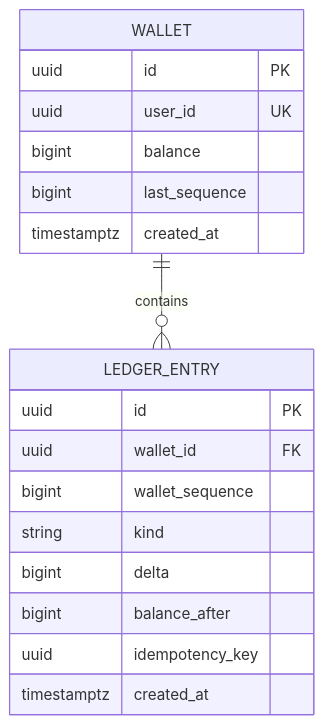
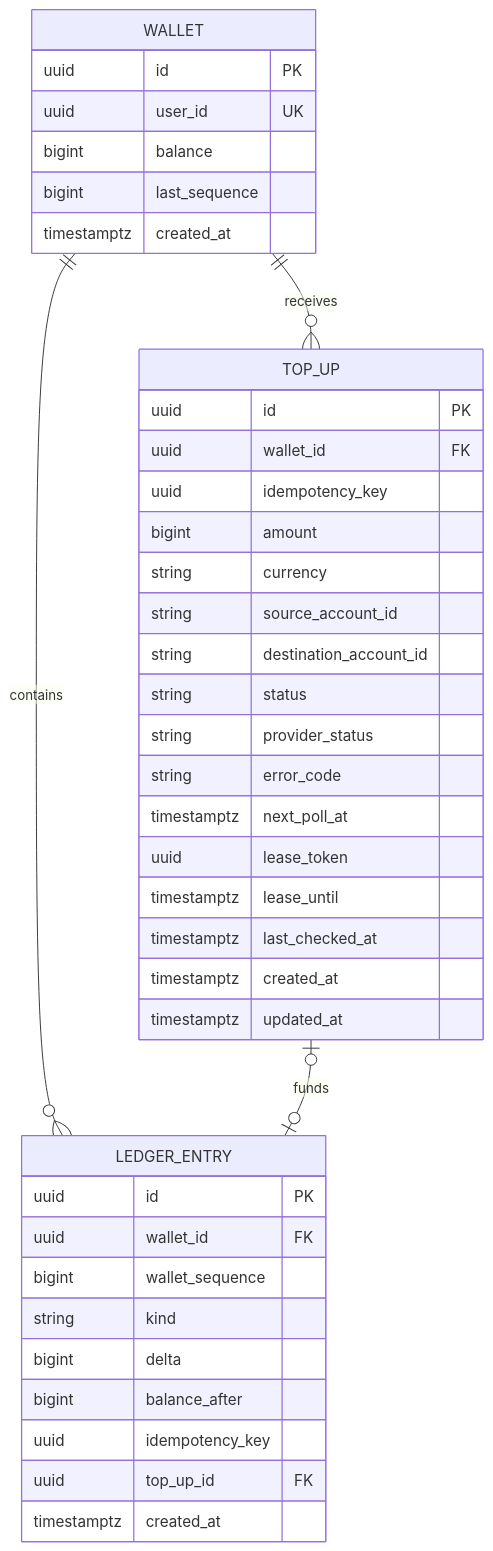
The second of 3 diagrams in docs/technical-spec.md (aghaghiamh/wallet), drawn with Mermaid before and after one commit. The commit also changed other lines of this file, not shown here.

Commit message:
docs: specify provider-backed top-ups and reconciliation

````diff
--- a/docs/technical-spec.md
+++ b/docs/technical-spec.md
@@ -61,21 +74,42 @@
 ```mermaid
 erDiagram
     WALLET ||--o{ LEDGER_ENTRY : contains
+    WALLET ||--o{ TOP_UP : receives
+    TOP_UP o|--o| LEDGER_ENTRY : funds
     WALLET {
         uuid id PK
         uuid user_id UK
         bigint balance
         bigint last_sequence
         timestamptz created_at
+    }
+    TOP_UP {
+        uuid id PK
+        uuid wallet_id FK
+        uuid idempotency_key
+        bigint amount
+        string currency
+        string source_account_id
+        string destination_account_id
+        string status
+        string provider_status
+        string error_code
+        timestamptz next_poll_at
+        uuid lease_token
+        timestamptz lease_until
+        timestamptz last_checked_at
+        timestamptz created_at
+        timestamptz updated_at
     }
     LEDGER_ENTRY {
         uuid id PK
         uuid wallet_id FK
         bigint wallet_sequence
         string kind
         bigint delta
         bigint balance_after
         uuid idempotency_key
+        uuid top_up_id FK
         timestamptz created_at
     }
 ```
````
